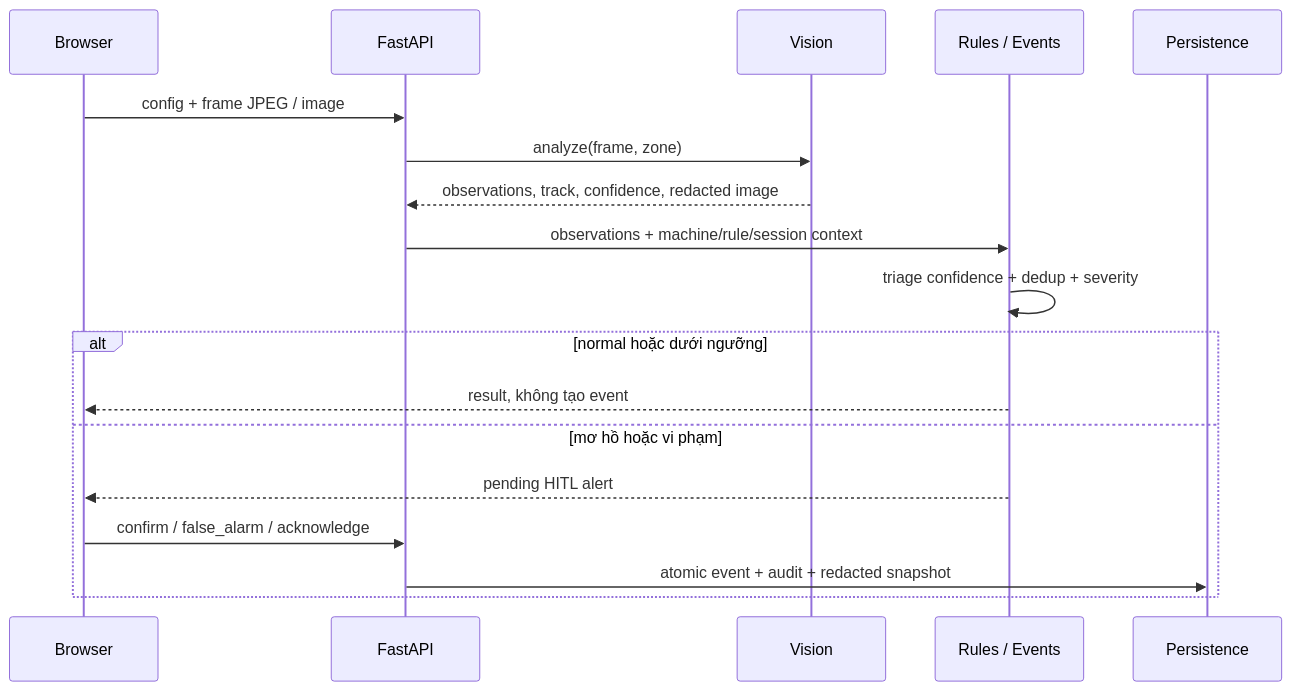
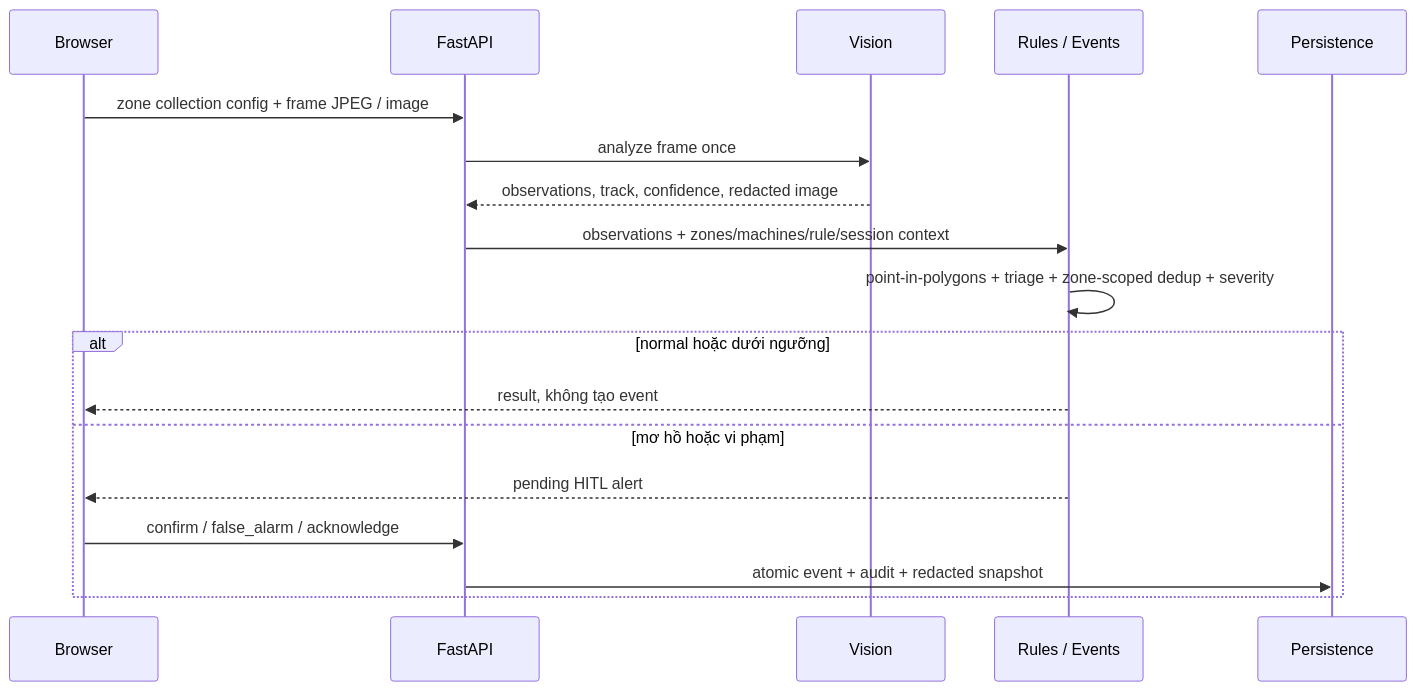
Before and after one commit to NguyenNhat4/Sentiel-safety-intelligent: the second of 2 diagrams in ARCHITECTURE.md, drawn with Mermaid. The commit also changed other lines of this file and 46 other files, not shown here.

````diff
--- a/ARCHITECTURE.md
+++ b/ARCHITECTURE.md
@@ -63,20 +63,20 @@
 ```mermaid
 sequenceDiagram
     participant UI as Browser
     participant API as FastAPI
     participant CV as Vision
     participant R as Rules / Events
     participant P as Persistence
-    UI->>API: config + frame JPEG / image
-    API->>CV: analyze(frame, zone)
+    UI->>API: zone collection config + frame JPEG / image
+    API->>CV: analyze frame once
     CV-->>API: observations, track, confidence, redacted image
-    API->>R: observations + machine/rule/session context
-    R->>R: triage confidence + dedup + severity
+    API->>R: observations + zones/machines/rule/session context
+    R->>R: point-in-polygons + triage + zone-scoped dedup + severity
     alt normal hoặc dưới ngưỡng
         R-->>UI: result, không tạo event
     else mơ hồ hoặc vi phạm
         R-->>UI: pending HITL alert
         UI->>API: confirm / false_alarm / acknowledge
         API->>P: atomic event + audit + redacted snapshot
     end
 ```
````
